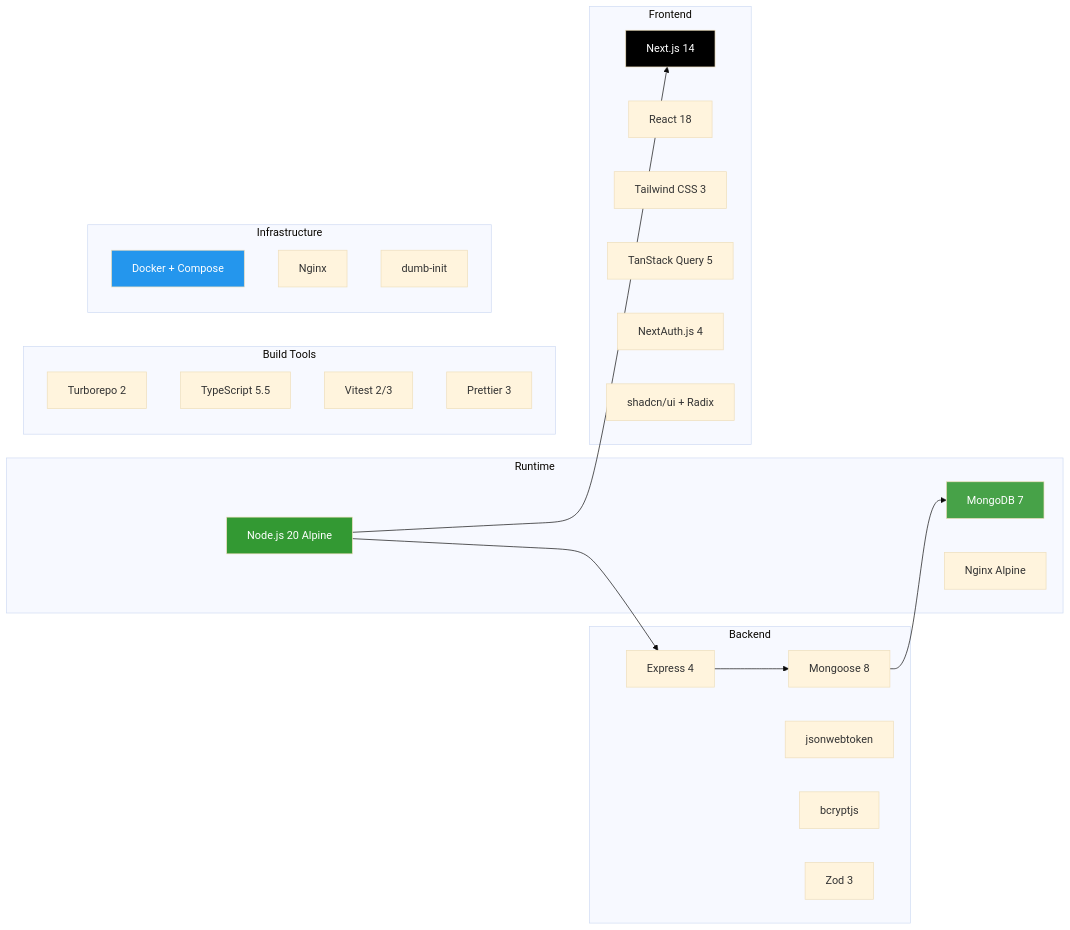
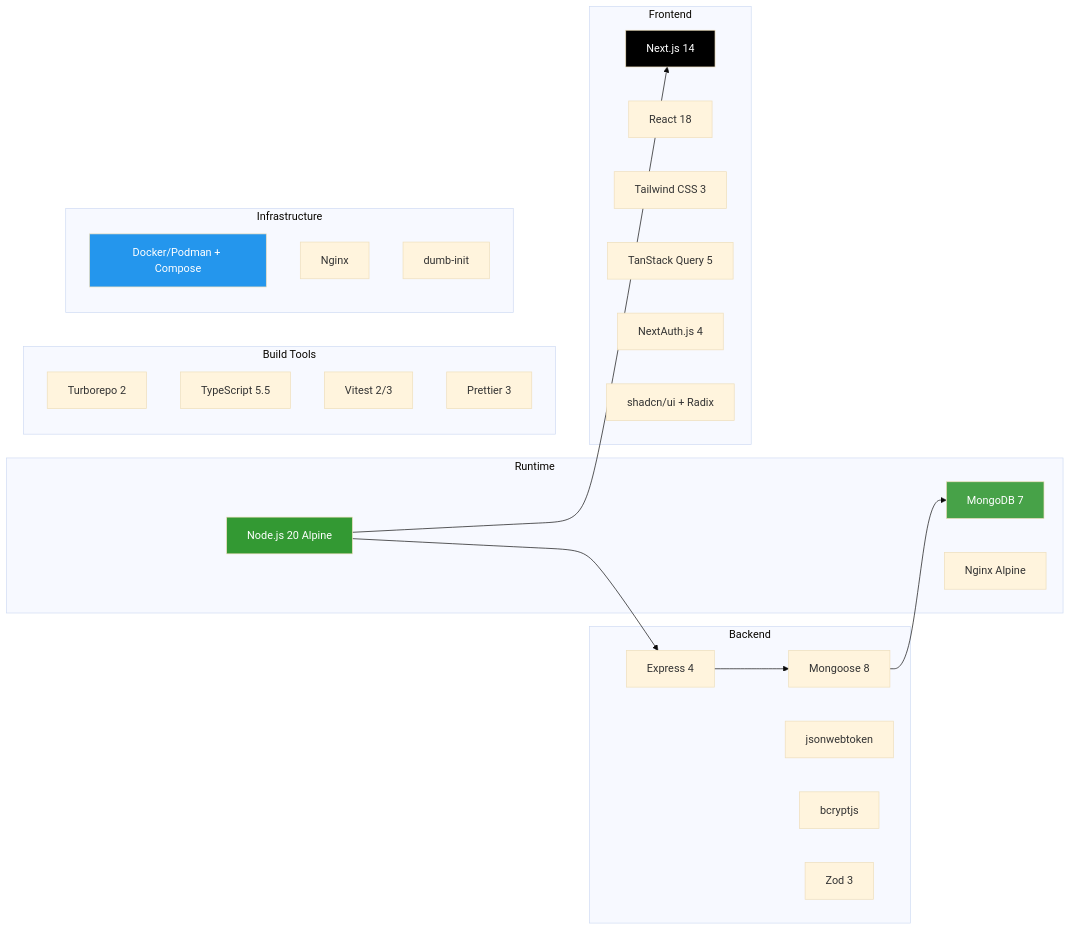
One commit to Anto1712/WealthWise-Finance-Tracker changed the third of 33 diagrams in DEVOPS.md. Above: the diagram before and after it, drawn with Mermaid (base theme). The commit also changed other lines of this file and 35 other files, not shown here.

First line of the commit message:
feat(podman): add full Podman support with Docker parity

````diff
--- a/DEVOPS.md
+++ b/DEVOPS.md
@@ -177,48 +186,48 @@
 ```mermaid
 graph LR
     subgraph Runtime
         Node[Node.js 20 Alpine]
         Mongo[MongoDB 7]
         NginxRT[Nginx Alpine]
     end
 
     subgraph Backend
         Express[Express 4]
         Mongoose[Mongoose 8]
         JWT[jsonwebtoken]
         Bcrypt[bcryptjs]
         Zod1[Zod 3]
     end
 
     subgraph Frontend
         Next[Next.js 14]
         React[React 18]
         TW[Tailwind CSS 3]
         TQ[TanStack Query 5]
         NA[NextAuth.js 4]
         Shadcn[shadcn/ui + Radix]
     end
 
     subgraph Build Tools
         Turbo[Turborepo 2]
         TSC[TypeScript 5.5]
         Vite[Vitest 2/3]
         Prettier[Prettier 3]
     end
 
     subgraph Infrastructure
-        Docker[Docker + Compose]
+        Docker[Docker/Podman + Compose]
         NginxI[Nginx]
         DumbInit[dumb-init]
     end
 
     Node --> Express
     Node --> Next
     Express --> Mongoose
     Mongoose --> Mongo
 
     style Node fill:#339933,color:#fff
     style Mongo fill:#47a248,color:#fff
     style Next fill:#000,color:#fff
     style Docker fill:#2496ed,color:#fff
 ```
````
